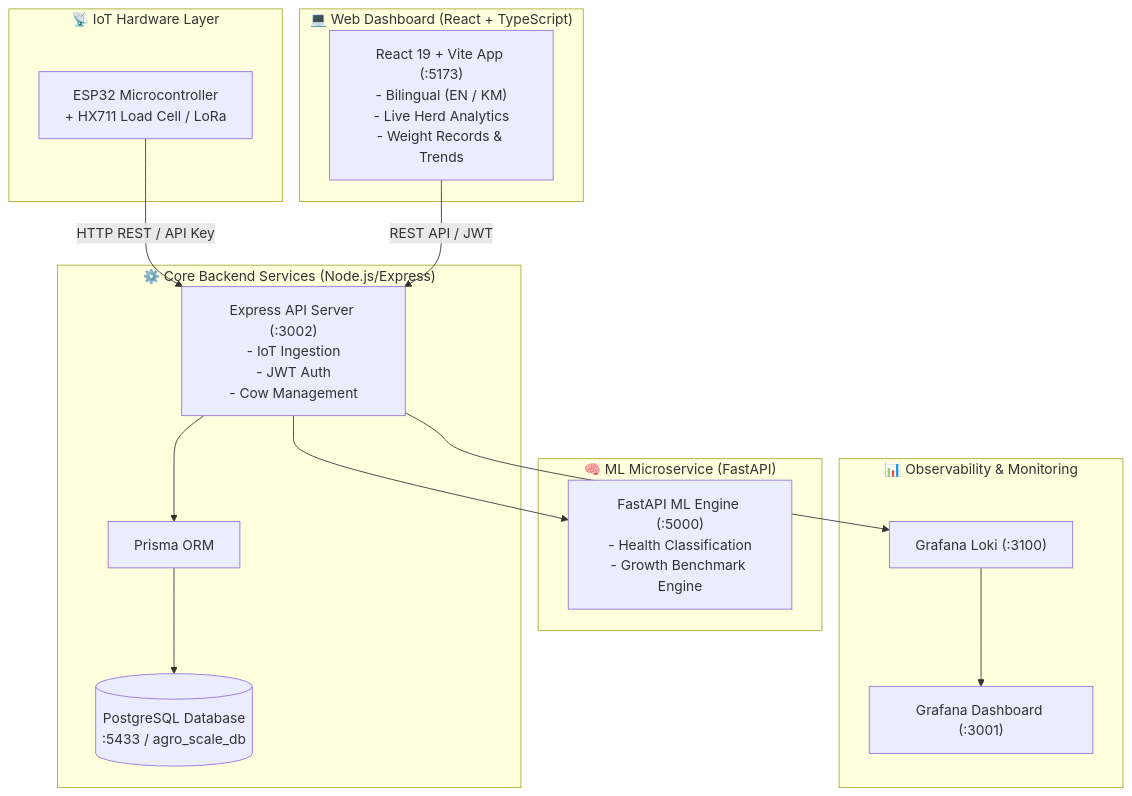
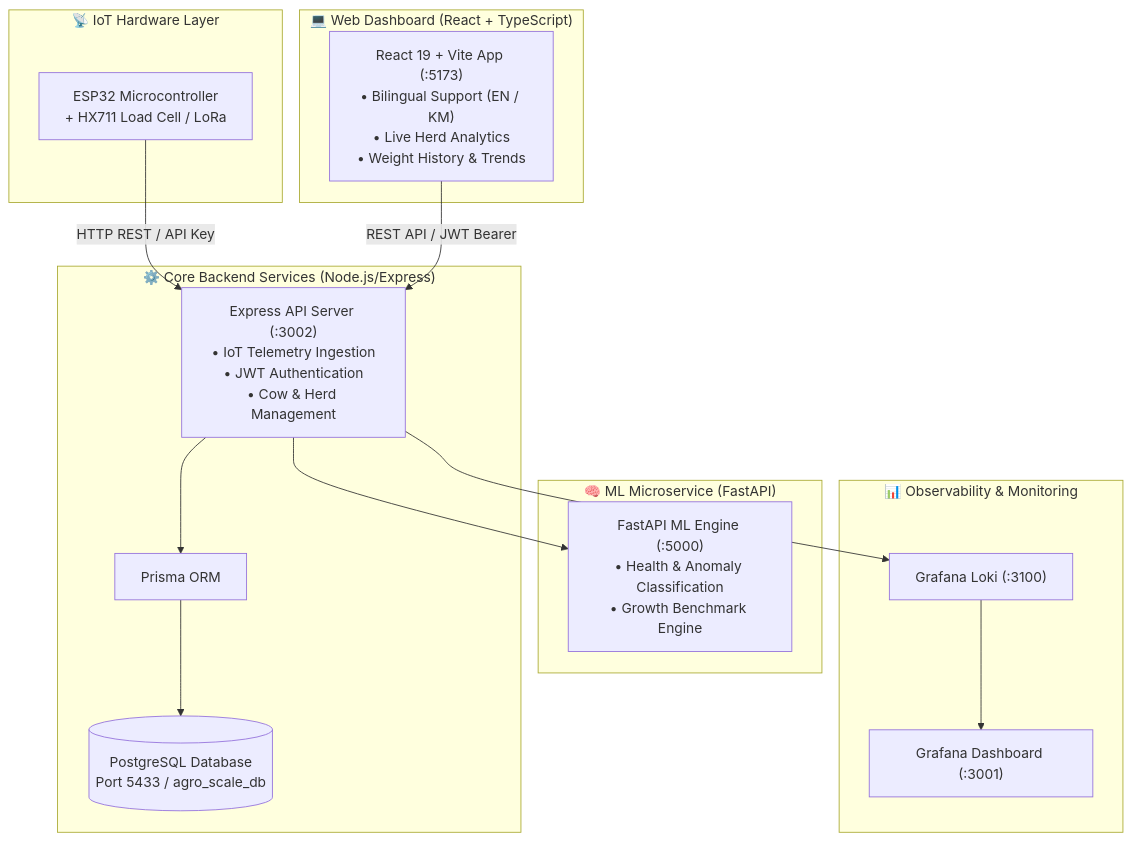
Before and after one commit to visal1411/INTERNSHIP: the diagram in README.md, drawn with Mermaid.

Commit message:
docs: fix Mermaid diagram syntax with HTML linebreaks and quoted strings

````diff
--- a/README.md
+++ b/README.md
@@ -19,31 +19,33 @@
 ```mermaid
-flowchart TB
+flowchart TD
     subgraph Hardware ["📡 IoT Hardware Layer"]
-        ESP32["ESP32 Microcontroller\n+ HX711 Load Cell / LoRa"]
+        ESP32["ESP32 Microcontroller<br/>+ HX711 Load Cell / LoRa"]
     end
 
     subgraph BackendLayer ["⚙️ Core Backend Services (Node.js/Express)"]
-        API["Express API Server (:3002)\n- IoT Ingestion\n- JWT Auth\n- Cow Management"]
+        API["Express API Server (:3002)<br/>• IoT Telemetry Ingestion<br/>• JWT Authentication<br/>• Cow & Herd Management"]
         Prisma["Prisma ORM"]
-        DB[(PostgreSQL Database\n:5433 / agro_scale_db)]
+        DB[("PostgreSQL Database<br/>Port 5433 / agro_scale_db")]
     end
 
     subgraph MLService ["🧠 ML Microservice (FastAPI)"]
-        ML["FastAPI ML Engine (:5000)\n- Health Classification\n- Growth Benchmark Engine"]
+        ML["FastAPI ML Engine (:5000)<br/>• Health & Anomaly Classification<br/>• Growth Benchmark Engine"]
     end
 
     subgraph FrontendLayer ["💻 Web Dashboard (React + TypeScript)"]
-        UI["React 19 + Vite App (:5173)\n- Bilingual (EN / KM)\n- Live Herd Analytics\n- Weight Records & Trends"]
+        UI["React 19 + Vite App (:5173)<br/>• Bilingual Support (EN / KM)<br/>• Live Herd Analytics<br/>• Weight History & Trends"]
     end
 
     subgraph Monitoring ["📊 Observability & Monitoring"]
         Loki["Grafana Loki (:3100)"]
         Grafana["Grafana Dashboard (:3001)"]
     end
 
-    ESP32 -->|HTTP REST / API Key| API
+    ESP32 -->|"HTTP REST / API Key"| API
+    UI -->|"REST API / JWT Bearer"| API
     API --> ML
-    API --> Prisma --> DB
-    API --> Loki --> Grafana
-    UI -->|REST API / JWT| API
+    API --> Prisma
+    Prisma --> DB
+    API --> Loki
+    Loki --> Grafana
 ```
````
